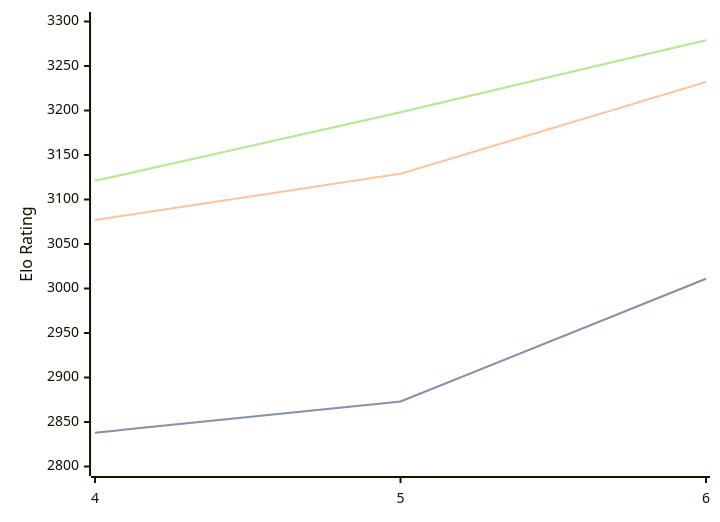
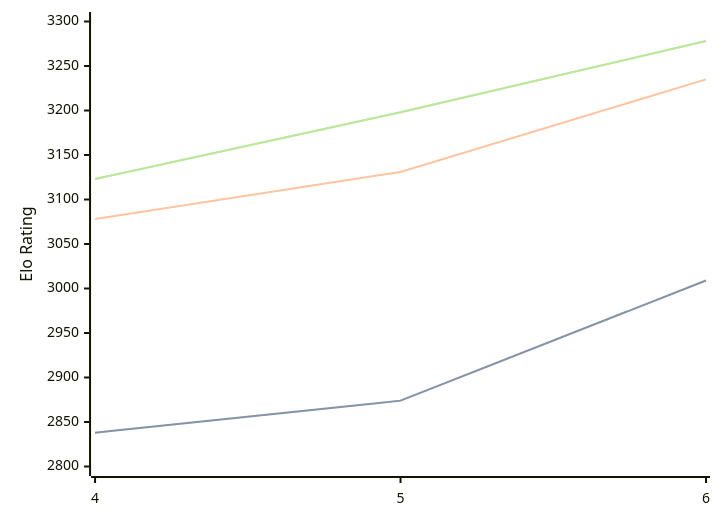
Before and after one commit to computer-chess-index/cci: the diagram in engines/Cwtch.md, drawn with Mermaid. The commit also changed other lines of this file, not shown here.

Commit message:
Update CCI Ratings (ELO VLTC) - 2026-07-31

````diff
--- a/engines/Cwtch.md
+++ b/engines/Cwtch.md
@@ -36,11 +36,11 @@
 ```mermaid
 %%{init: {"theme":"base","themeVariables":{"seriesColors:['#a3a3a3','#222221','#faa371']}}}%%
 xychart-beta
   x-axis ["4", "5", "6"]
   y-axis "Elo Rating" 2800 --> 3300
-  line "STC (8.0+0.08s)" [2838, 2873, 3011]
-  line "STC (8.0+0.08s)" [2838, 2873, 3011]
-  line "LTC (60.0+0.60s)" [3077, 3129, 3232]
-  line "VLTC (2m24s+1.12s)" [3121, 3198, 3279]
-  line "VLTC (2m24s+1.12s)" [3121, 3198, 3279]
+  line "STC (8.0+0.08s)" [2838, 2874, 3009]
+  line "STC (8.0+0.08s)" [2838, 2874, 3009]
+  line "LTC (60.0+0.60s)" [3078, 3131, 3235]
+  line "VLTC (2m24s+1.12s)" [3123, 3198, 3278]
+  line "VLTC (2m24s+1.12s)" [3123, 3198, 3278]
 ```
````
